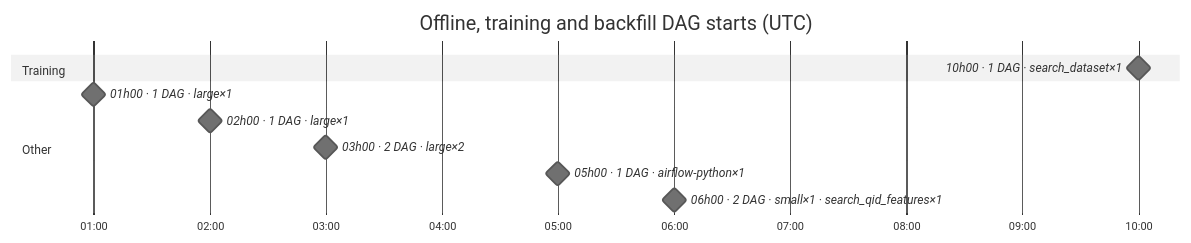
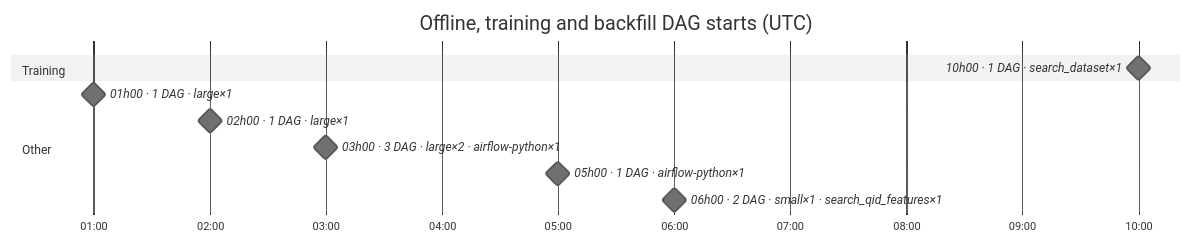
Before and after one commit to DayMarket/ml-feature-platform: the sixth of 6 diagrams in docs/feature_platform_map.md, drawn with Mermaid (neutral theme). The commit also changed other lines of this file and 3 other files, not shown here.

````diff
--- a/docs/feature_platform_map.md
+++ b/docs/feature_platform_map.md
@@ -194,16 +194,16 @@
 ```mermaid
 gantt
     title Offline, training and backfill DAG starts (UTC)
     dateFormat HH:mm
     axisFormat %H:%M
     tickInterval 1hour
     section Training
     10h00 · 1 DAG · search_dataset×1 :milestone, s0_0600, 10:00, 0m
     section Backfill
     section Other
     01h00 · 1 DAG · large×1 :milestone, s2_0060, 01:00, 0m
     02h00 · 1 DAG · large×1 :milestone, s2_0120, 02:00, 0m
-    03h00 · 2 DAG · large×2 :milestone, s2_0180, 03:00, 0m
+    03h00 · 3 DAG · large×2 · airflow-python×1 :milestone, s2_0180, 03:00, 0m
     05h00 · 1 DAG · airflow-python×1 :milestone, s2_0300, 05:00, 0m
     06h00 · 2 DAG · small×1 · search_qid_features×1 :milestone, s2_0360, 06:00, 0m
 ```
````
